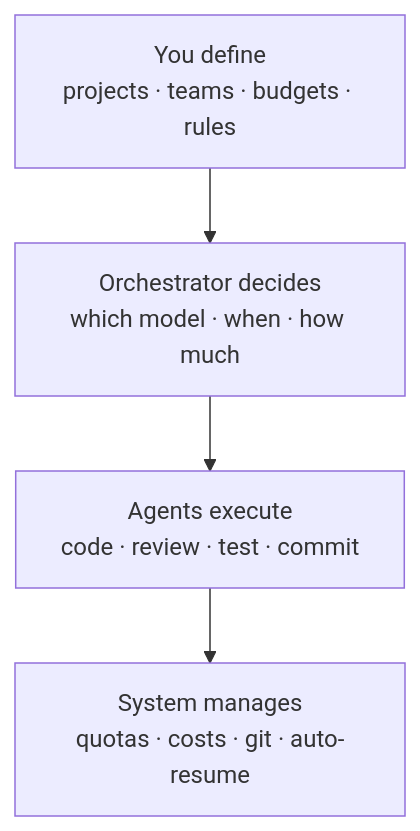
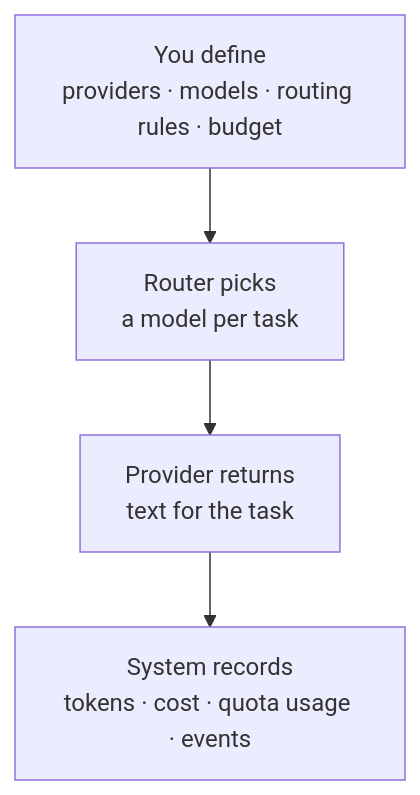
One commit to sinsonido/agentforge changed the first of 2 diagrams in README.md. Above: the diagram before and after it, drawn with Mermaid. The commit also changed other lines of this file and 11 other files, not shown here.

````diff
--- a/README.md
+++ b/README.md
@@ -7,8 +7,8 @@
 ```mermaid
 flowchart TD
-    U["You define\nprojects · teams · budgets · rules"]
-    O["Orchestrator decides\nwhich model · when · how much"]
-    A["Agents execute\ncode · review · test · commit"]
-    S["System manages\nquotas · costs · git · auto-resume"]
+    U["You define\nproviders · models · routing rules · budget"]
+    O["Router picks\na model per task"]
+    A["Provider returns\ntext for the task"]
+    S["System records\ntokens · cost · quota usage · events"]
     U --> O --> A --> S
 ```
````
